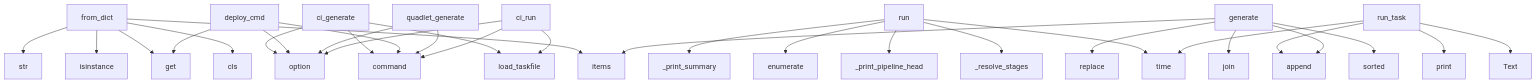
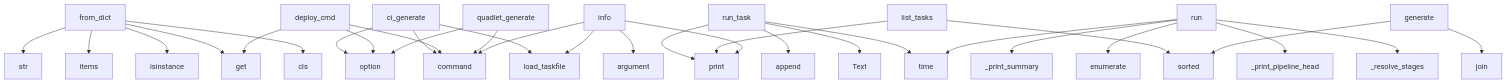
Before and after one commit to pyfunc/taskfile: the diagram in project/context.md, drawn with Mermaid. The commit also changed other lines of this file and 16 other files, not shown here.

````diff
--- a/project/context.md
+++ b/project/context.md
@@ -517,33 +518,33 @@
 ```mermaid
 graph TD
     from_dict --> cls
     from_dict --> get
     from_dict --> isinstance
     from_dict --> items
     ci_generate --> command
     ci_generate --> option
     ci_generate --> load_taskfile
+    run_task --> Text
+    run_task --> append
+    run_task --> print
+    run_task --> time
     run --> _resolve_stages
     run --> _print_pipeline_head
     run --> time
     run --> enumerate
     run --> _print_summary
     deploy_cmd --> command
     deploy_cmd --> option
     deploy_cmd --> get
-    run_task --> Text
-    run_task --> append
-    run_task --> print
-    run_task --> time
     from_dict --> str
+    list_tasks --> print
+    list_tasks --> sorted
     quadlet_generate --> command
     quadlet_generate --> option
+    info --> command
+    info --> argument
+    info --> load_taskfile
+    info --> print
     generate --> sorted
     generate --> join
-    generate --> items
-    generate --> replace
-    generate --> append
-    ci_run --> command
-    ci_run --> option
-    ci_run --> load_taskfile
 ```
````
